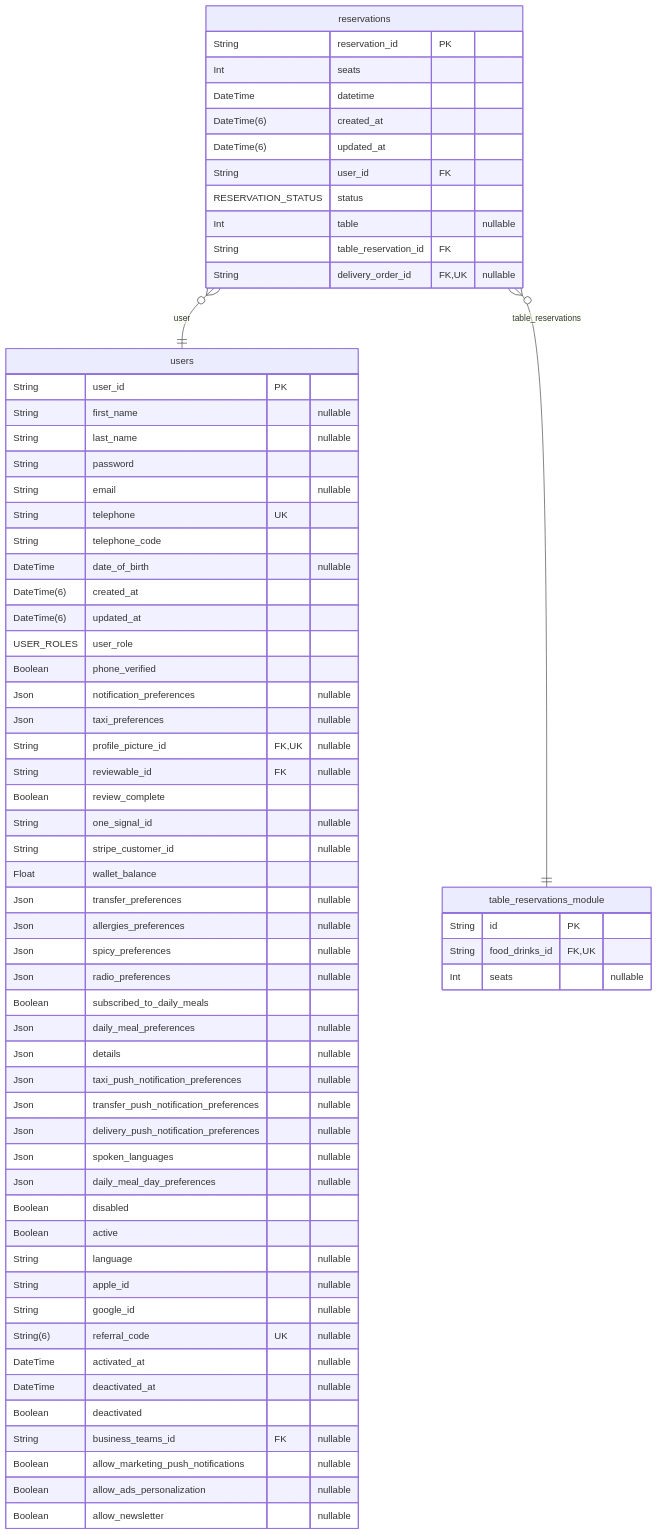
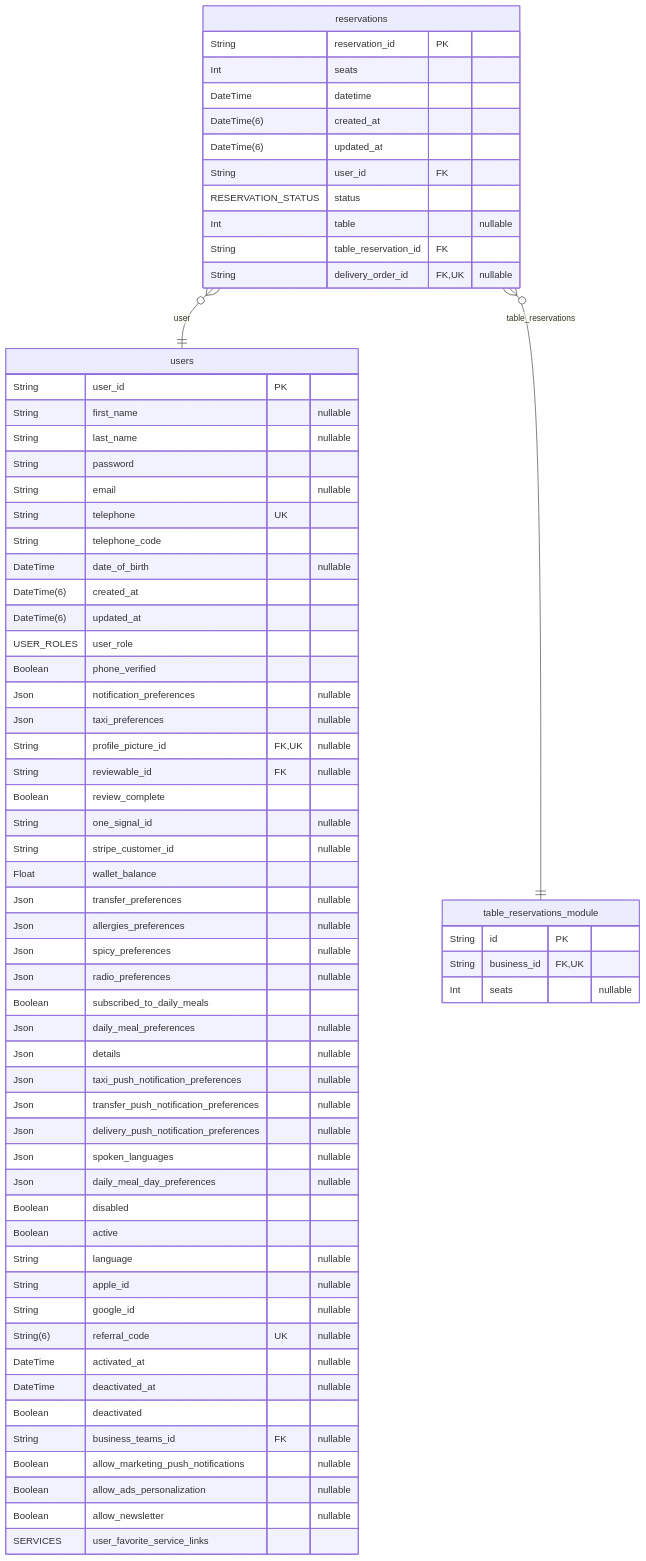
One commit to pbozic/be-analyisis changed diagram 27 of 40 in prisma/schemas/ERD.md. Above: the diagram before and after it, drawn with Mermaid. The commit also changed other lines of this file and 21 other files, not shown here.

````diff
--- a/prisma/schemas/ERD.md
+++ b/prisma/schemas/ERD.md
@@ -4771,69 +4857,70 @@
 ```mermaid
 erDiagram
 "table_reservations_module" {
   String id PK
-  String food_drinks_id FK,UK
+  String business_id FK,UK
   Int seats "nullable"
 }
 "reservations" {
   String reservation_id PK
   Int seats
   DateTime datetime
   DateTime(6) created_at
   DateTime(6) updated_at
   String user_id FK
   RESERVATION_STATUS status
   Int table "nullable"
   String table_reservation_id FK
   String delivery_order_id FK,UK "nullable"
 }
 "users" {
   String user_id PK
   String first_name "nullable"
   String last_name "nullable"
   String password
   String email "nullable"
   String telephone UK
   String telephone_code
   DateTime date_of_birth "nullable"
   DateTime(6) created_at
   DateTime(6) updated_at
   USER_ROLES user_role
   Boolean phone_verified
   Json notification_preferences "nullable"
   Json taxi_preferences "nullable"
   String profile_picture_id FK,UK "nullable"
   String reviewable_id FK "nullable"
   Boolean review_complete
   String one_signal_id "nullable"
   String stripe_customer_id "nullable"
   Float wallet_balance
   Json transfer_preferences "nullable"
   Json allergies_preferences "nullable"
   Json spicy_preferences "nullable"
   Json radio_preferences "nullable"
   Boolean subscribed_to_daily_meals
   Json daily_meal_preferences "nullable"
   Json details "nullable"
   Json taxi_push_notification_preferences "nullable"
   Json transfer_push_notification_preferences "nullable"
   Json delivery_push_notification_preferences "nullable"
   Json spoken_languages "nullable"
   Json daily_meal_day_preferences "nullable"
   Boolean disabled
   Boolean active
   String language "nullable"
   String apple_id "nullable"
   String google_id "nullable"
   String(6) referral_code UK "nullable"
   DateTime activated_at "nullable"
   DateTime deactivated_at "nullable"
   Boolean deactivated
   String business_teams_id FK "nullable"
   Boolean allow_marketing_push_notifications "nullable"
   Boolean allow_ads_personalization "nullable"
   Boolean allow_newsletter "nullable"
+  SERVICES user_favorite_service_links
 }
 "reservations" }o--|| "users" : user
 "reservations" }o--|| "table_reservations_module" : table_reservations
 ```
````
